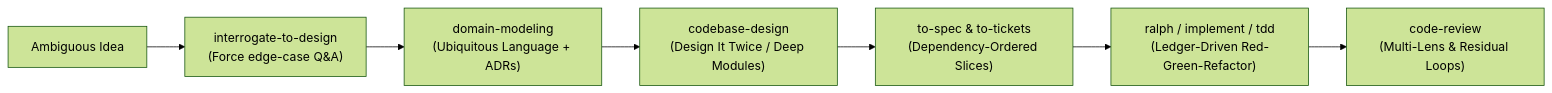
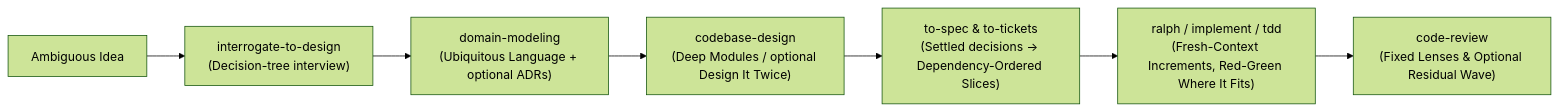
Before and after one commit to z3z1ma/apple-pi: the seventh of 7 diagrams in README.md, drawn with Mermaid (forest theme). The commit also changed other lines of this file, not shown here.

````diff
--- a/README.md
+++ b/README.md
@@ -411,9 +419,9 @@
 ```mermaid
 flowchart LR
-    Amb["Ambiguous Idea"] --> Interrogate["interrogate-to-design<br/>(Force edge-case Q&A)"]
-    Interrogate --> Domain["domain-modeling<br/>(Ubiquitous Language + ADRs)"]
-    Domain --> Design["codebase-design<br/>(Design It Twice / Deep Modules)"]
-    Design --> Spec["to-spec & to-tickets<br/>(Dependency-Ordered Slices)"]
-    Spec --> Loop["ralph / implement / tdd<br/>(Ledger-Driven Red-Green-Refactor)"]
-    Loop --> Review["code-review<br/>(Multi-Lens & Residual Loops)"]
+    Amb["Ambiguous Idea"] --> Interrogate["interrogate-to-design<br/>(Decision-tree interview)"]
+    Interrogate --> Domain["domain-modeling<br/>(Ubiquitous Language + optional ADRs)"]
+    Domain --> Design["codebase-design<br/>(Deep Modules / optional Design It Twice)"]
+    Design --> Spec["to-spec & to-tickets<br/>(Settled decisions → Dependency-Ordered Slices)"]
+    Spec --> Loop["ralph / implement / tdd<br/>(Fresh-Context Increments, Red-Green Where It Fits)"]
+    Loop --> Review["code-review<br/>(Fixed Lenses & Optional Residual Wave)"]
 ```
````
